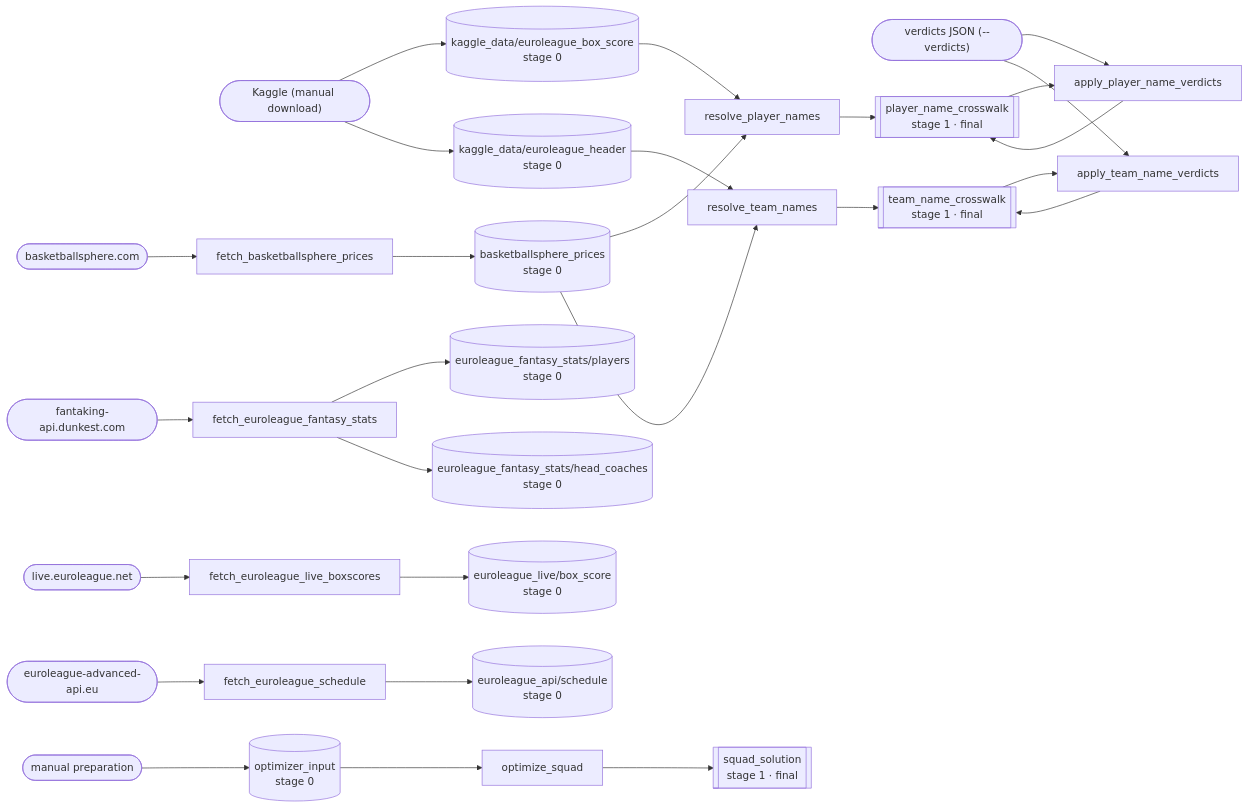
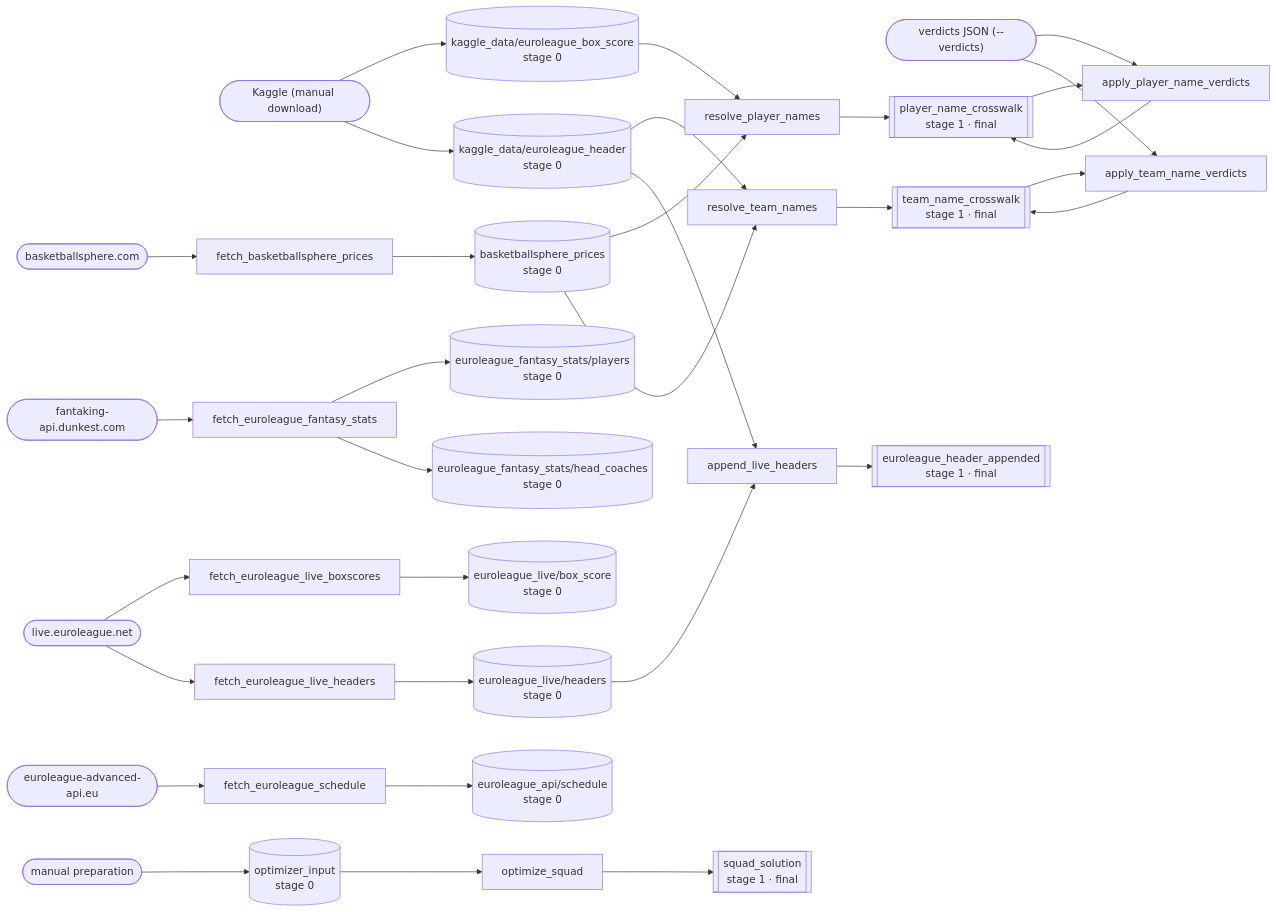
Before and after one commit to Takfes/indie-euroleague: the diagram in docs/data-graph.md, drawn with Mermaid. The commit also changed 5 other files, not shown here.

First line of the commit message:
feat(fetchers): replicate live headers in Kaggle schema and append deltas

````diff
--- a/docs/data-graph.md
+++ b/docs/data-graph.md
@@ -7,61 +7,70 @@
 ```mermaid
 flowchart LR
     %% external sources
     bs(["basketballsphere.com"])
     dunkest(["fantaking-api.dunkest.com"])
     live(["live.euroleague.net"])
     adv(["euroleague-advanced-api.eu"])
     kaggle(["Kaggle (manual download)"])
     verdicts(["verdicts JSON (--verdicts)"])
     manual(["manual preparation"])
 
     %% scripts
     f_bs["fetch_basketballsphere_prices"]
     f_fs["fetch_euroleague_fantasy_stats"]
     f_live["fetch_euroleague_live_boxscores"]
+    f_lhdr["fetch_euroleague_live_headers"]
+    a_hdr["append_live_headers"]
     f_sched["fetch_euroleague_schedule"]
     r_p["resolve_player_names"]
     a_p["apply_player_name_verdicts"]
     r_t["resolve_team_names"]
     a_t["apply_team_name_verdicts"]
     o_sq["optimize_squad"]
 
     %% raw datasets (stage 0)
     d_prices[("basketballsphere_prices<br/>stage 0")]
     d_players[("euroleague_fantasy_stats/players<br/>stage 0")]
     d_coaches[("euroleague_fantasy_stats/head_coaches<br/>stage 0")]
     d_live[("euroleague_live/box_score<br/>stage 0")]
+    d_lhdr[("euroleague_live/headers<br/>stage 0")]
     d_sched[("euroleague_api/schedule<br/>stage 0")]
     d_kbox[("kaggle_data/euroleague_box_score<br/>stage 0")]
     d_khdr[("kaggle_data/euroleague_header<br/>stage 0")]
     d_opt[("optimizer_input<br/>stage 0")]
 
     %% produced datasets
+    d_hdrapp[["euroleague_header_appended<br/>stage 1 · final"]]
     d_pxw[["player_name_crosswalk<br/>stage 1 · final"]]
     d_txw[["team_name_crosswalk<br/>stage 1 · final"]]
     d_sq[["squad_solution<br/>stage 1 · final"]]
 
     bs --> f_bs --> d_prices
     dunkest --> f_fs
     f_fs --> d_players
     f_fs --> d_coaches
     live --> f_live --> d_live
+    live --> f_lhdr --> d_lhdr
     adv --> f_sched --> d_sched
     kaggle --> d_kbox
     kaggle --> d_khdr
 
     d_prices --> r_p
     d_kbox --> r_p
     r_p --> d_pxw
     d_pxw --> a_p --> d_pxw
     verdicts --> a_p
 
     d_prices --> r_t
     d_khdr --> r_t
     r_t --> d_txw
     d_txw --> a_t --> d_txw
     verdicts --> a_t
 
+    d_khdr --> a_hdr
+    d_lhdr --> a_hdr
+    a_hdr --> d_hdrapp
+
     manual --> d_opt
     d_opt --> o_sq --> d_sq
 ```
````
